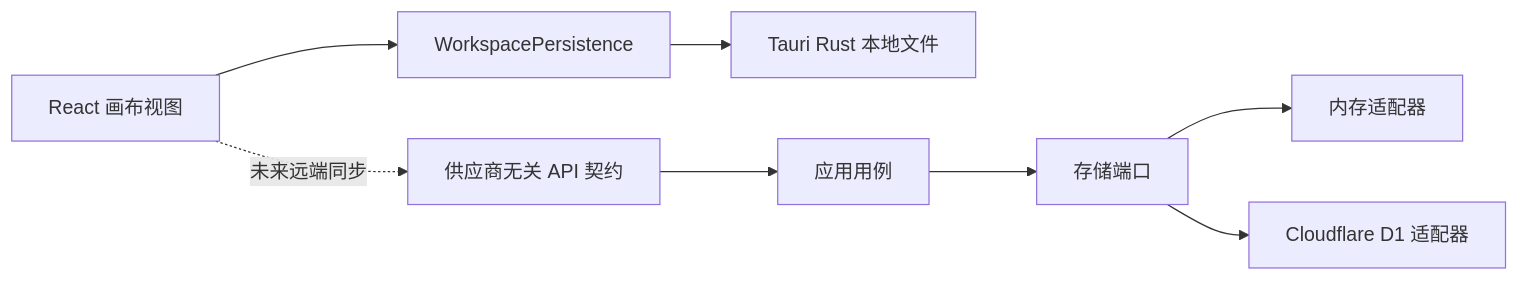
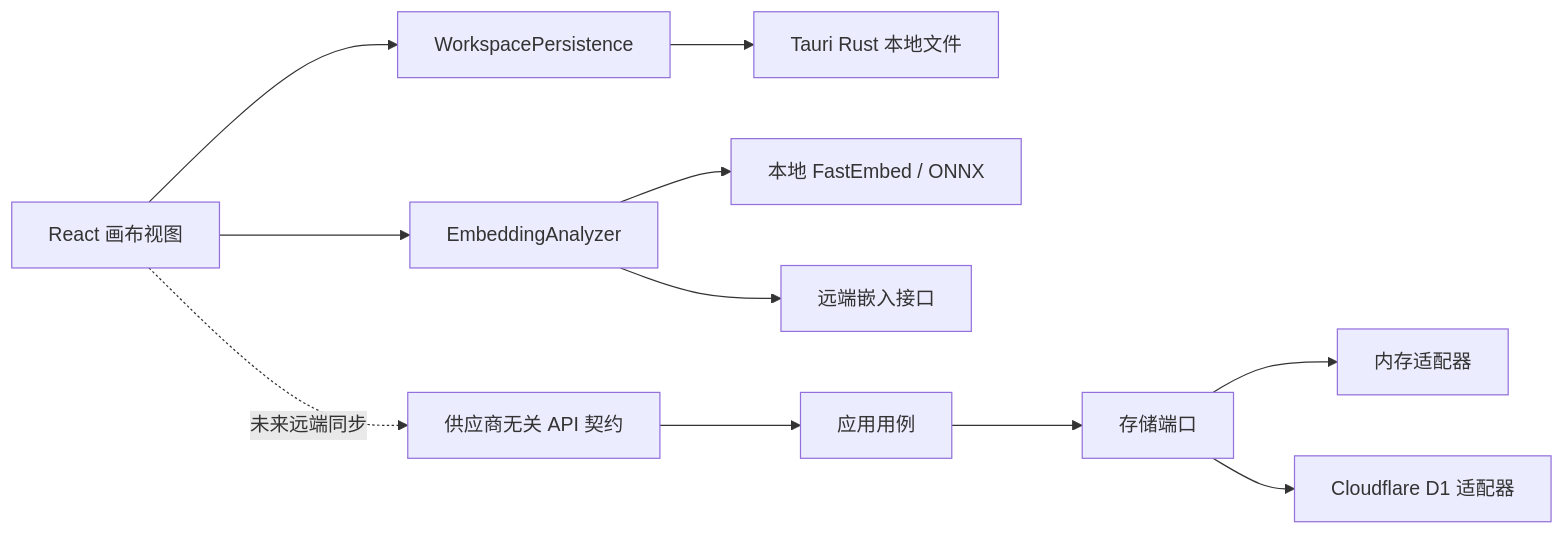
The diagram in DEVELOPMENT.md (3fteye/linked-info), drawn with Mermaid before and after one commit. The commit also changed other lines of this file and 17 other files, not shown here.

````diff
--- a/DEVELOPMENT.md
+++ b/DEVELOPMENT.md
@@ -29,10 +30,13 @@
 ```mermaid
 flowchart LR
     UI["React 画布视图"] --> WP["WorkspacePersistence"]
     WP --> TF["Tauri Rust 本地文件"]
+    UI --> EA["EmbeddingAnalyzer"]
+    EA --> LE["本地 FastEmbed / ONNX"]
+    EA --> RE["远端嵌入接口"]
     UI -. "未来远端同步" .-> API["供应商无关 API 契约"]
     API --> APP["应用用例"]
     APP --> PORT["存储端口"]
     PORT --> MEM["内存适配器"]
     PORT --> D1["Cloudflare D1 适配器"]
 ```
````
